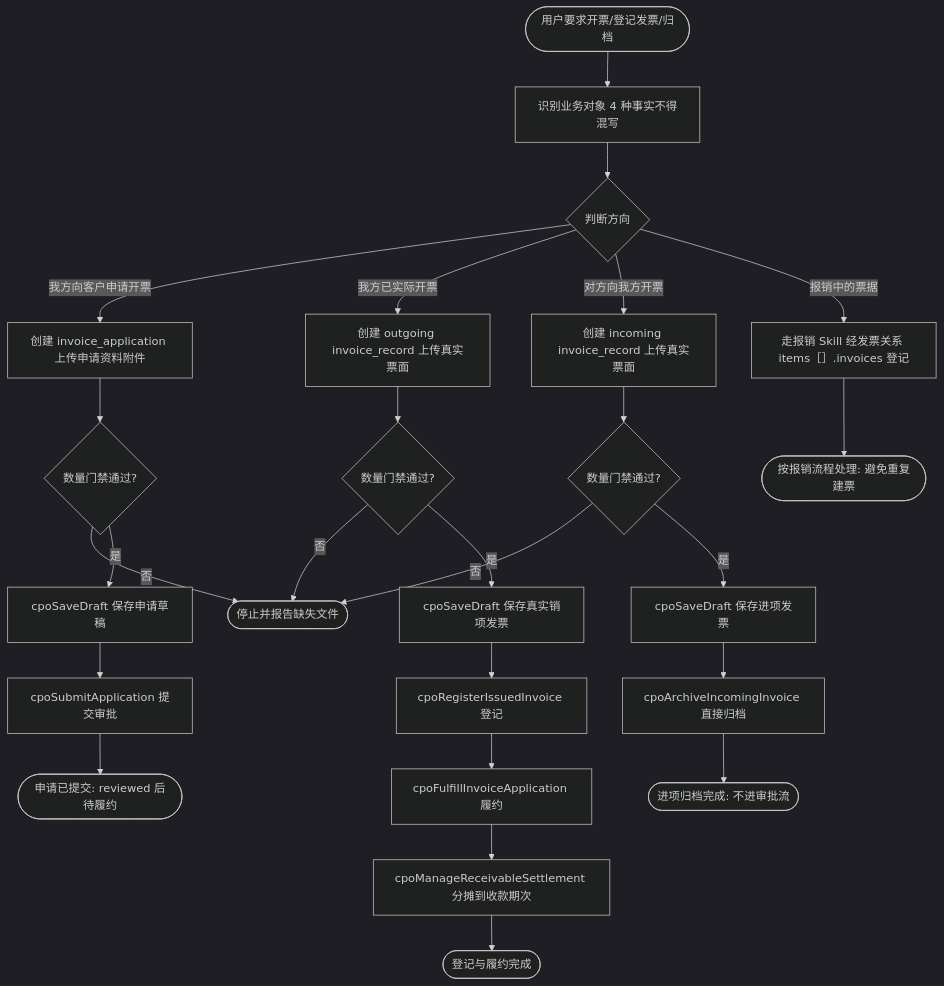
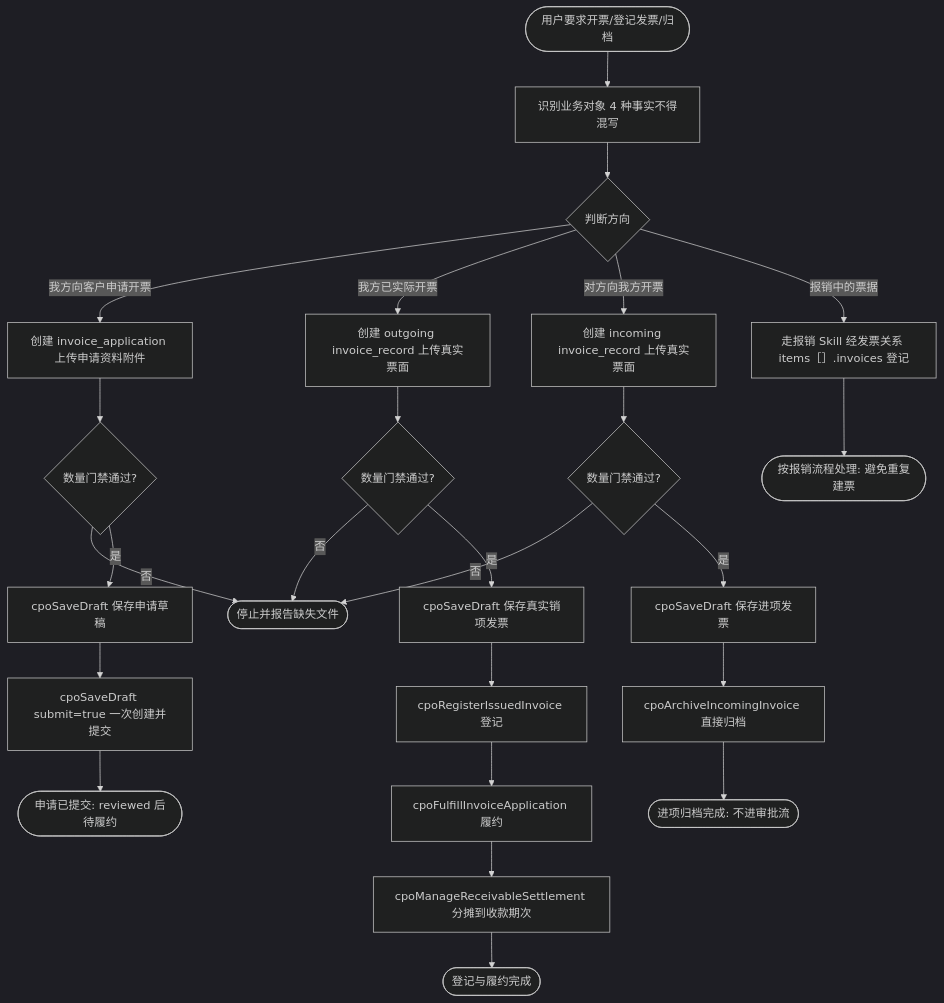
The diagram in .agents/skills/cpo-invoice-application/SKILL.md (lovrabet/ei-demo), drawn with Mermaid (dark theme) before and after one commit. The commit also changed other lines of this file and 182 other files, not shown here.

First line of the commit message:
feat(审批应用): 统一平台 Flow 与 Policy 权限体系

````diff
--- a/.agents/skills/cpo-invoice-application/SKILL.md
+++ b/.agents/skills/cpo-invoice-application/SKILL.md
@@ -14,27 +14,27 @@
 ```mermaid
 flowchart TD
   Start([用户要求开票/登记发票/归档]) --> ID1[识别业务对象 4 种事实不得混写]
   ID1 --> ID2{判断方向}
   ID2 -- 我方向客户申请开票 --> A1[创建 invoice_application 上传申请资料附件]
   ID2 -- 我方已实际开票 --> B1[创建 outgoing invoice_record 上传真实票面]
   ID2 -- 对方向我方开票 --> C1[创建 incoming invoice_record 上传真实票面]
   ID2 -- 报销中的票据 --> D1[走报销 Skill 经发票关系 items［］.invoices 登记]
   A1 --> G1{数量门禁通过?}
   G1 -- 否 --> Stop([停止并报告缺失文件])
   G1 -- 是 --> A2[cpoSaveDraft 保存申请草稿]
-  A2 --> A3[cpoSubmitApplication 提交审批]
+  A2 --> A3[cpoSaveDraft submit=true 一次创建并提交]
   A3 --> A4([申请已提交: reviewed 后待履约])
   B1 --> G2{数量门禁通过?}
   G2 -- 否 --> Stop
   G2 -- 是 --> B2[cpoSaveDraft 保存真实销项发票]
   B2 --> B3[cpoRegisterIssuedInvoice 登记]
   B3 --> B4[cpoFulfillInvoiceApplication 履约]
   B4 --> B5[cpoManageReceivableSettlement 分摊到收款期次]
   B5 --> B6([登记与履约完成])
   C1 --> G3{数量门禁通过?}
   G3 -- 否 --> Stop
   G3 -- 是 --> C2[cpoSaveDraft 保存进项发票]
   C2 --> C3[cpoArchiveIncomingInvoice 直接归档]
   C3 --> C4([进项归档完成: 不进审批流])
   D1 --> D2([按报销流程处理: 避免重复建票])
 ```
````
